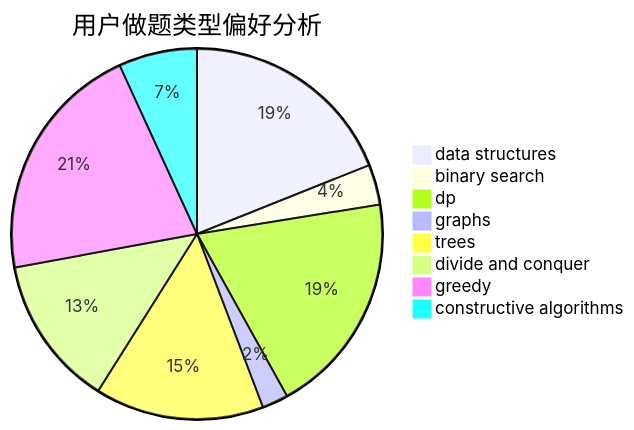
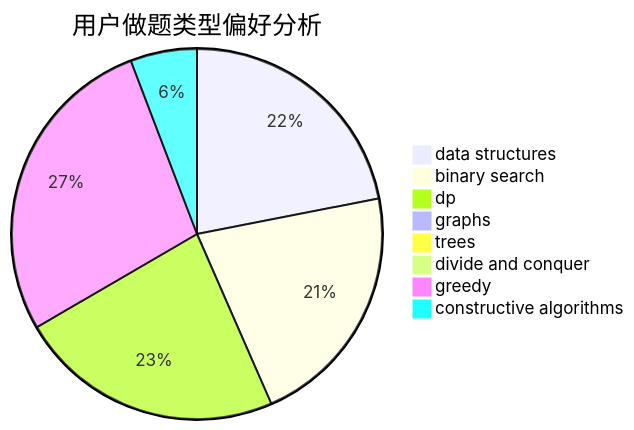
Before and after one commit to sherpahu/cfrs.github.io: the second of 3 diagrams in docs/user/u933.md, drawn with Mermaid. The commit also changed other lines of this file and 2770 other files, not shown here.

````diff
--- a/docs/user/u933.md
+++ b/docs/user/u933.md
@@ -23,11 +23,11 @@
 ```mermaid
 pie title 用户做题类型偏好分析
-    "data structures" :  108
-    "binary search" :  20
-    "dp" :  111
-    "graphs" :  13
-    "trees" :  84
-    "divide and conquer" :  75
-    "greedy" :  120
-    "constructive algorithms" :  39
+    "data structures" :  419
+    "binary search" :  411
+    "dp" :  443
+    "graphs" :  14
+    "trees" :  7
+    "divide and conquer" :  0
+    "greedy" :  527
+    "constructive algorithms" :  111
 ```
````
